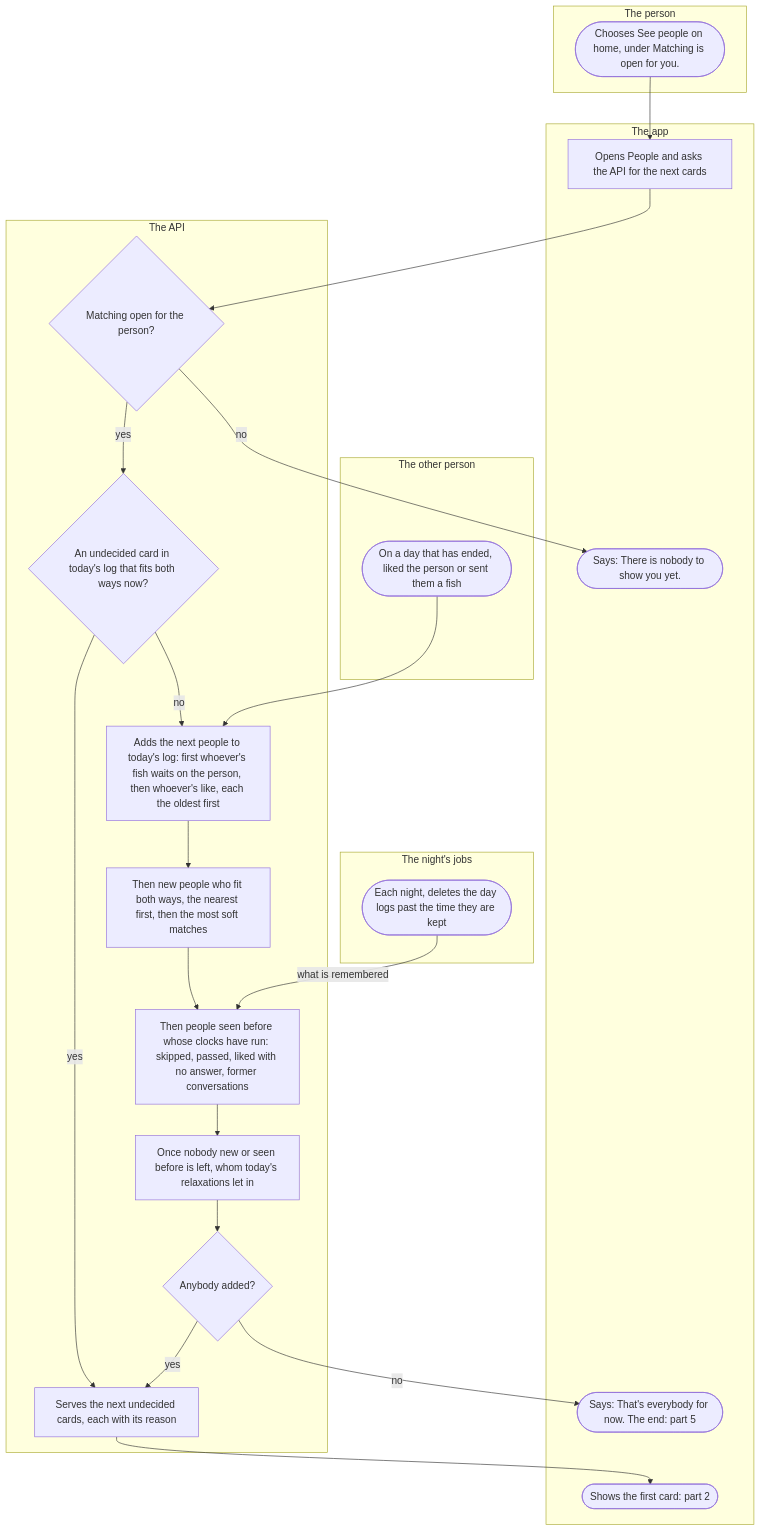
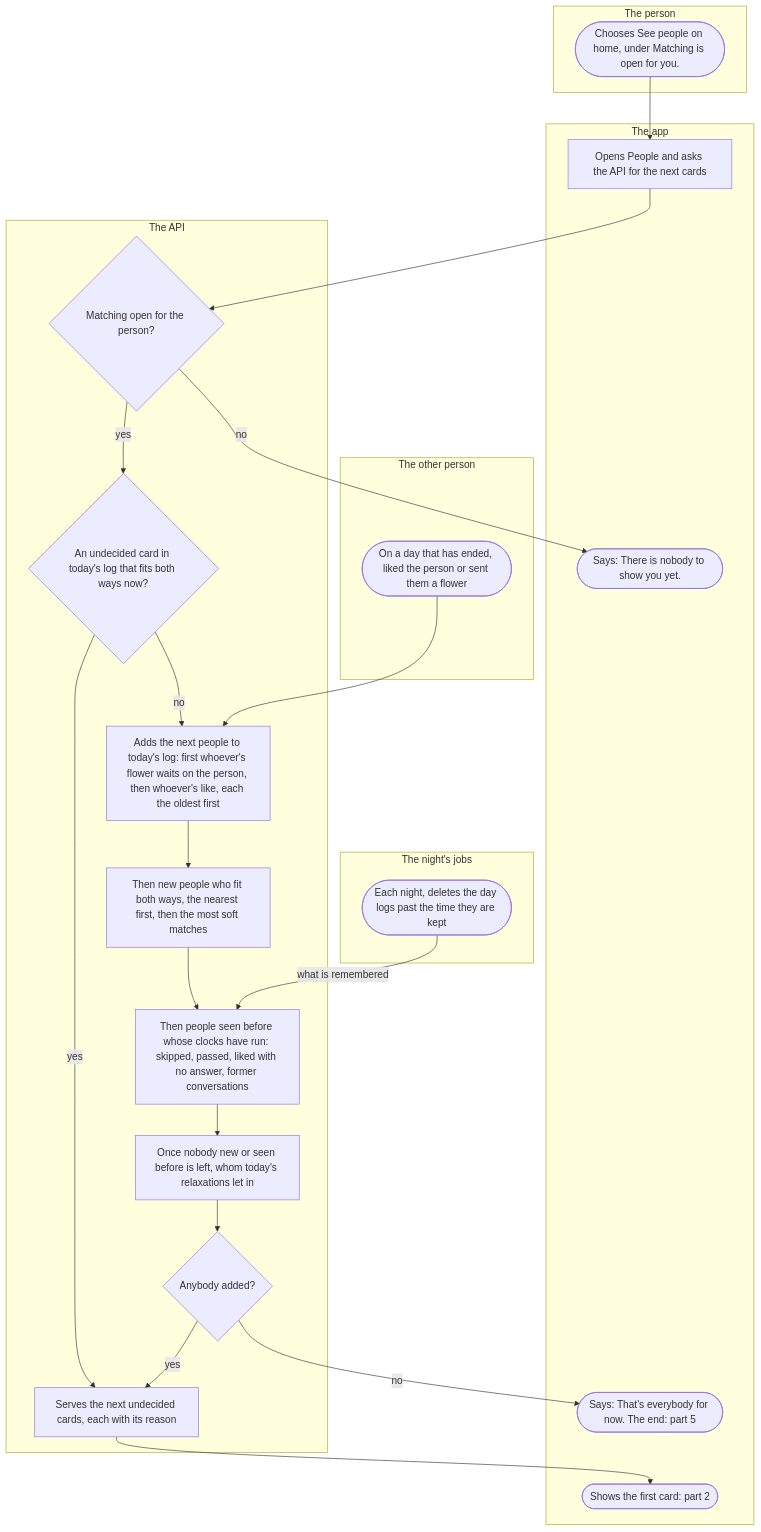
The first of 5 diagrams in docs/flows/queue.md (kuutti-ry/kumpa-app), drawn with Mermaid before and after one commit. The commit also changed other lines of this file and 99 other files, not shown here.

````diff
--- a/docs/flows/queue.md
+++ b/docs/flows/queue.md
@@ -33,45 +33,45 @@
 ```mermaid
 flowchart TB
   accTitle: People reads the queue
-  accDescr: From See people the app asks for the next cards. The API serves the undecided cards of today's log that still fit both ways, and with none left adds the next people, fish and likes waiting first, then new people nearest first, then people seen before, then whom today's relaxations let in. With nobody added the queue has ended.
+  accDescr: From See people the app asks for the next cards. The API serves the undecided cards of today's log that still fit both ways, and with none left adds the next people, flowers and likes waiting first, then new people nearest first, then people seen before, then whom today's relaxations let in. With nobody added the queue has ended.
   subgraph person["The person"]
     s1(["Chooses See people on home, under Matching is open for you."])
   end
   subgraph app["The app"]
     s2["Opens People and asks the API for the next cards"]
     s4(["Says: There is nobody to show you yet."])
     s12(["Shows the first card: part 2"])
     s13(["Says: That's everybody for now. The end: part 5"])
   end
   subgraph api["The API"]
     s3{"Matching open for the person?"}
     s5{"An undecided card in today's log that fits both ways now?"}
-    s6["Adds the next people to today's log: first whoever's fish waits on the person, then whoever's like, each the oldest first"]
+    s6["Adds the next people to today's log: first whoever's flower waits on the person, then whoever's like, each the oldest first"]
     s7["Then new people who fit both ways, the nearest first, then the most soft matches"]
     s8["Then people seen before whose clocks have run: skipped, passed, liked with no answer, former conversations"]
     s9["Once nobody new or seen before is left, whom today's relaxations let in"]
     s10{"Anybody added?"}
     s11["Serves the next undecided cards, each with its reason"]
   end
   subgraph other["The other person"]
-    s14(["On a day that has ended, liked the person or sent them a fish"])
+    s14(["On a day that has ended, liked the person or sent them a flower"])
   end
   subgraph night["The night's jobs"]
     s15(["Each night, deletes the day logs past the time they are kept"])
   end
   s1 --> s2
   s2 --> s3
   s3 -->|"no"| s4
   s3 -->|"yes"| s5
   s5 -->|"yes"| s11
   s5 -->|"no"| s6
   s14 --> s6
   s6 --> s7
   s7 --> s8
   s15 -->|"what is remembered"| s8
   s8 --> s9
   s9 --> s10
   s10 -->|"yes"| s11
   s10 -->|"no"| s13
   s11 --> s12
 ```
````
